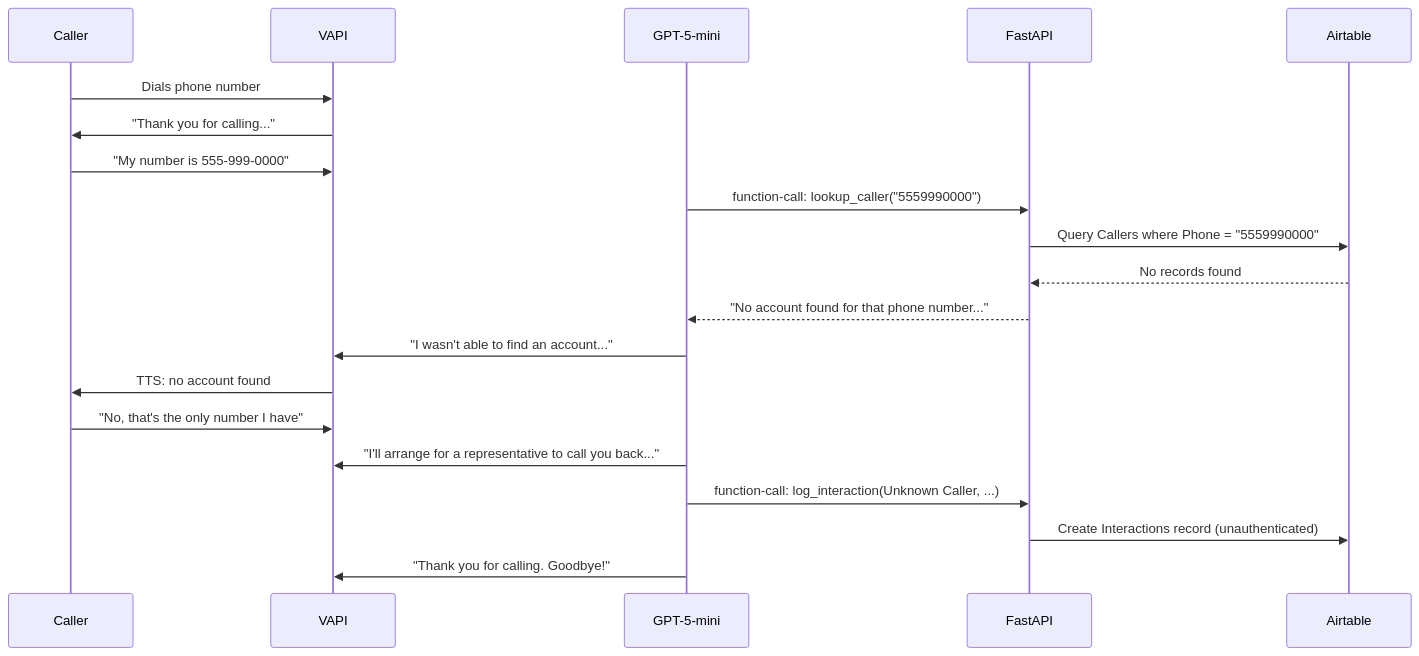
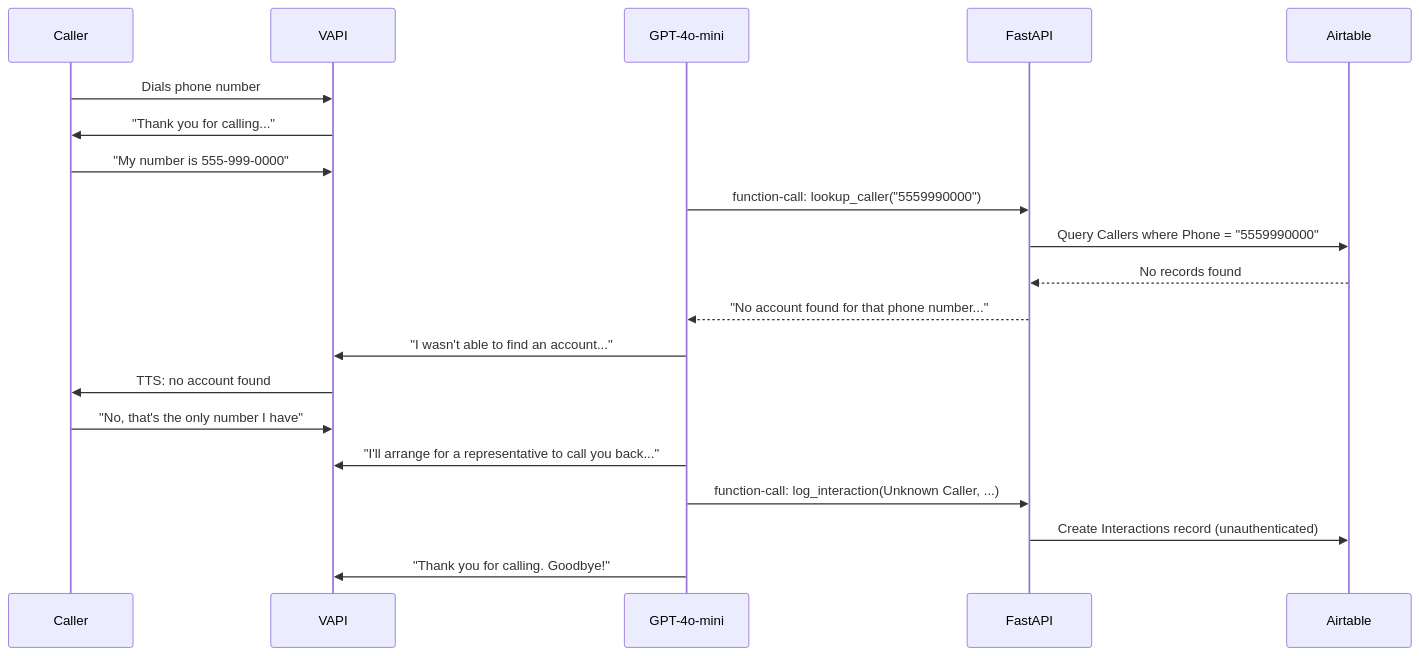
The third of 3 diagrams in docs/architecture.md (MatthewTracy/observe-ai-take-home), drawn with Mermaid before and after one commit. The commit also changed other lines of this file and 1 other file, not shown here.

````diff
--- a/docs/architecture.md
+++ b/docs/architecture.md
@@ -121,23 +121,23 @@
 ```mermaid
 sequenceDiagram
     participant Caller
     participant VAPI
-    participant LLM as GPT-5-mini
+    participant LLM as GPT-4o-mini
     participant Server as FastAPI
     participant DB as Airtable
 
     Caller->>VAPI: Dials phone number
     VAPI->>Caller: "Thank you for calling..."
     Caller->>VAPI: "My number is 555-999-0000"
     LLM->>Server: function-call: lookup_caller("5559990000")
     Server->>DB: Query Callers where Phone = "5559990000"
     DB-->>Server: No records found
     Server-->>LLM: "No account found for that phone number..."
     LLM->>VAPI: "I wasn't able to find an account..."
     VAPI->>Caller: TTS: no account found
     Caller->>VAPI: "No, that's the only number I have"
     LLM->>VAPI: "I'll arrange for a representative to call you back..."
     LLM->>Server: function-call: log_interaction(Unknown Caller, ...)
     Server->>DB: Create Interactions record (unauthenticated)
     LLM->>VAPI: "Thank you for calling. Goodbye!"
 ```
````
